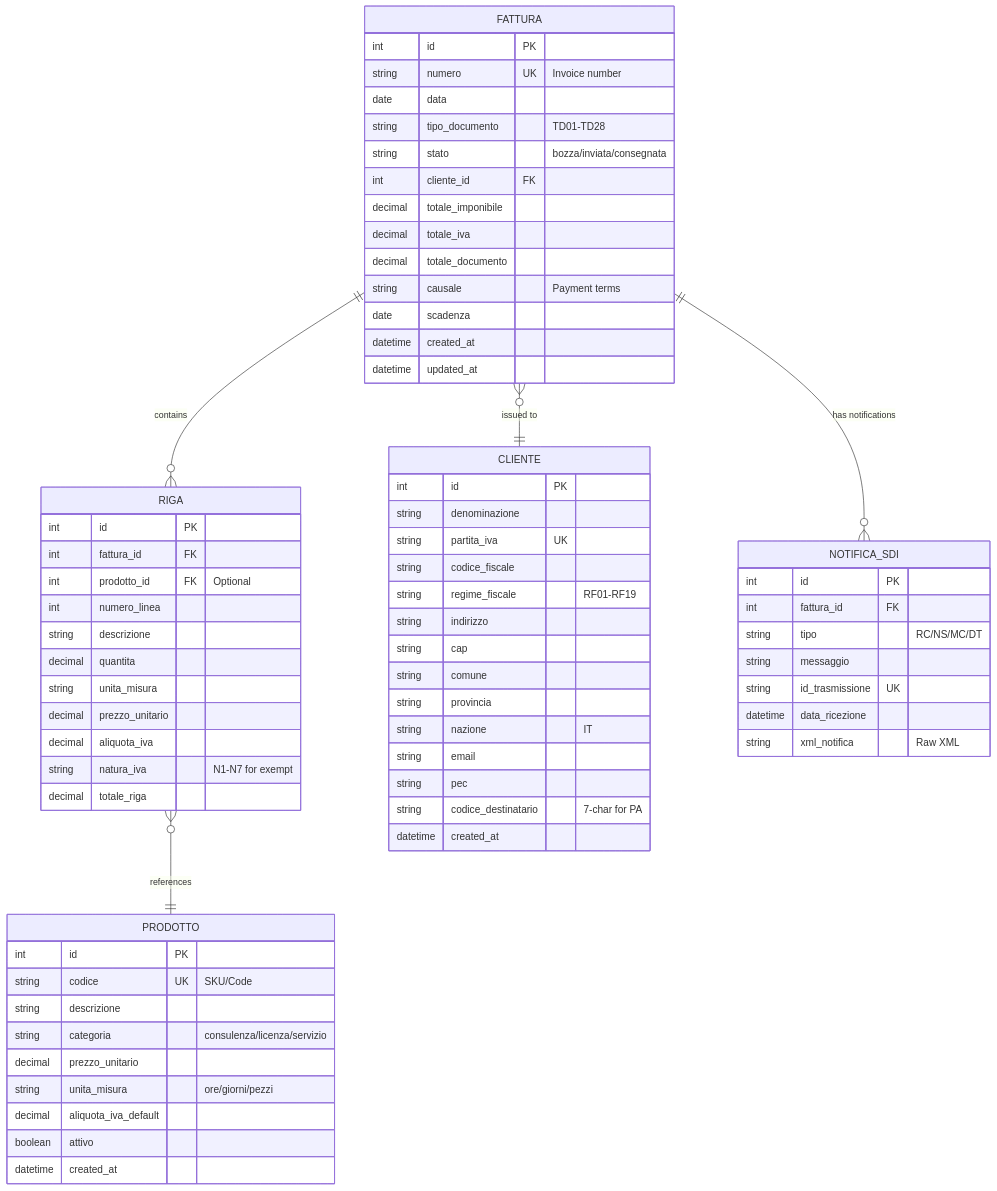
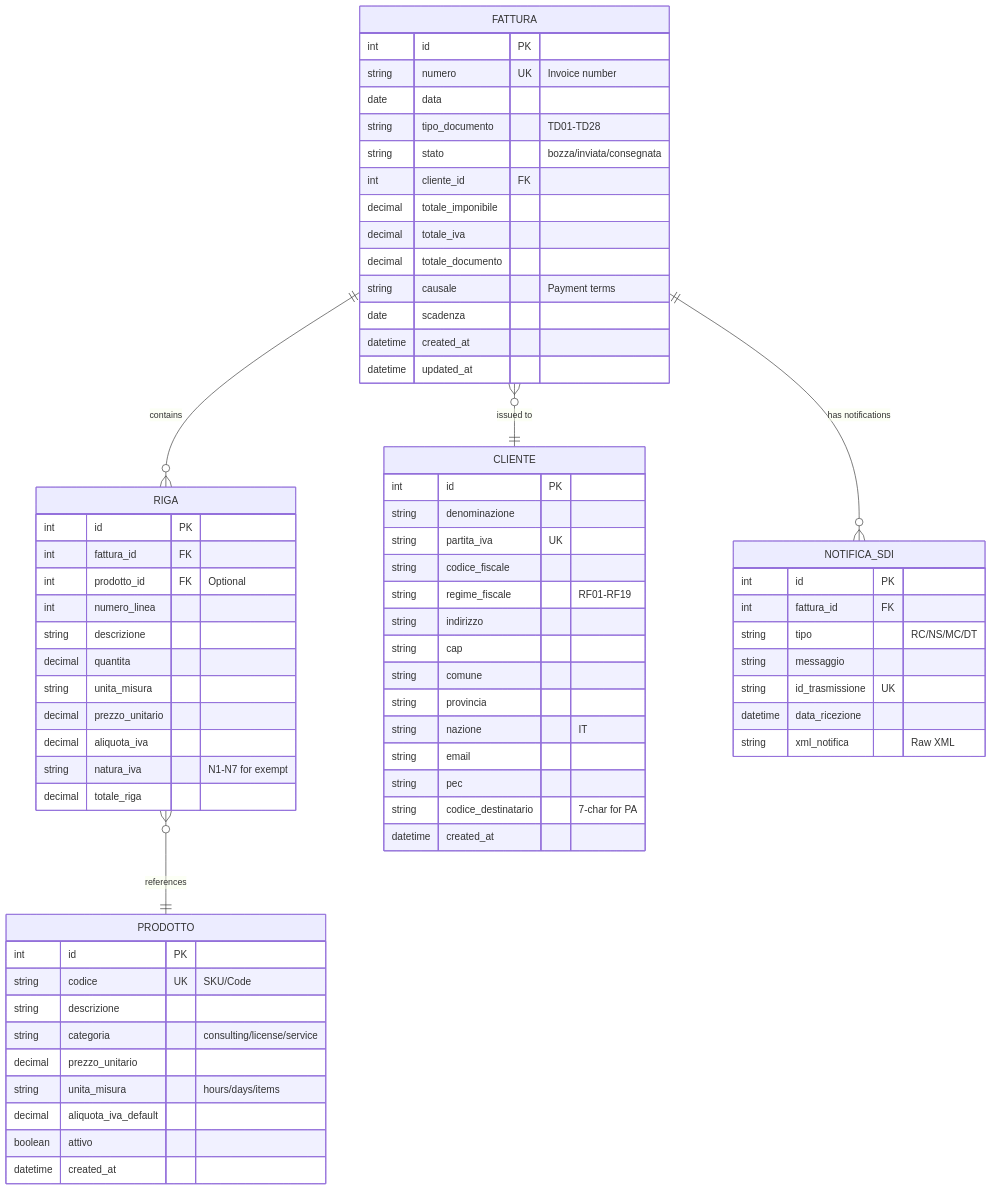
One commit to gianlucamazza/openfatture changed the fifth of 6 diagrams in docs/ARCHITECTURE_DIAGRAMS.md. Above: the diagram before and after it, drawn with Mermaid. The commit also changed other lines of this file and 49 other files, not shown here.

````diff
--- a/docs/ARCHITECTURE_DIAGRAMS.md
+++ b/docs/ARCHITECTURE_DIAGRAMS.md
@@ -281,76 +281,76 @@
 ```mermaid
 erDiagram
     FATTURA ||--o{ RIGA : contains
     FATTURA }o--|| CLIENTE : "issued to"
     RIGA }o--|| PRODOTTO : references
     FATTURA ||--o{ NOTIFICA_SDI : "has notifications"
 
     FATTURA {
         int id PK
         string numero UK "Invoice number"
         date data
         string tipo_documento "TD01-TD28"
         string stato "bozza/inviata/consegnata"
         int cliente_id FK
         decimal totale_imponibile
         decimal totale_iva
         decimal totale_documento
         string causale "Payment terms"
         date scadenza
         datetime created_at
         datetime updated_at
     }
 
     RIGA {
         int id PK
         int fattura_id FK
         int prodotto_id FK "Optional"
         int numero_linea
         string descrizione
         decimal quantita
         string unita_misura
         decimal prezzo_unitario
         decimal aliquota_iva
         string natura_iva "N1-N7 for exempt"
         decimal totale_riga
     }
 
     CLIENTE {
         int id PK
         string denominazione
         string partita_iva UK
         string codice_fiscale
         string regime_fiscale "RF01-RF19"
         string indirizzo
         string cap
         string comune
         string provincia
         string nazione "IT"
         string email
         string pec
         string codice_destinatario "7-char for PA"
         datetime created_at
     }
 
     PRODOTTO {
         int id PK
         string codice UK "SKU/Code"
         string descrizione
-        string categoria "consulenza/licenza/servizio"
+        string categoria "consulting/license/service"
         decimal prezzo_unitario
-        string unita_misura "ore/giorni/pezzi"
+        string unita_misura "hours/days/items"
         decimal aliquota_iva_default
         boolean attivo
         datetime created_at
     }
 
     NOTIFICA_SDI {
         int id PK
         int fattura_id FK
         string tipo "RC/NS/MC/DT"
         string messaggio
         string id_trasmissione UK
         datetime data_ricezione
         string xml_notifica "Raw XML"
     }
 ```
````
